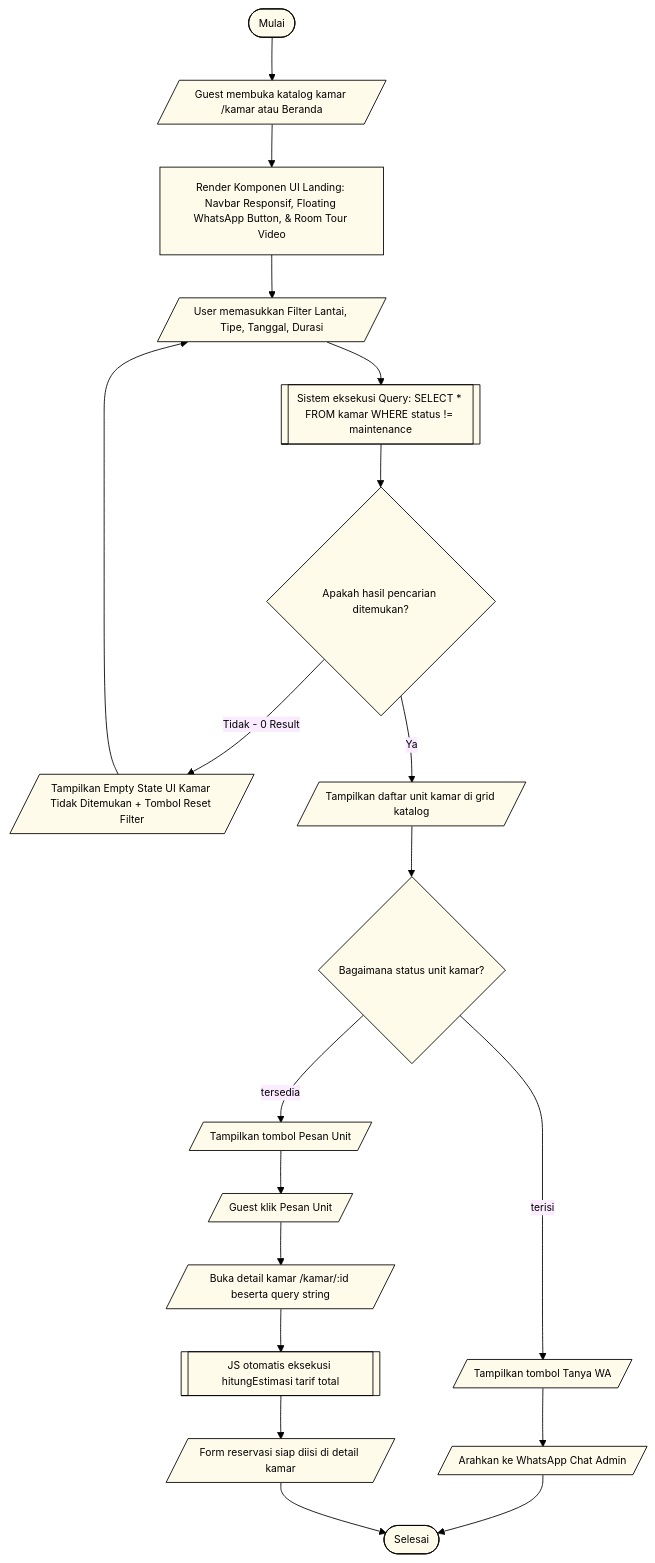
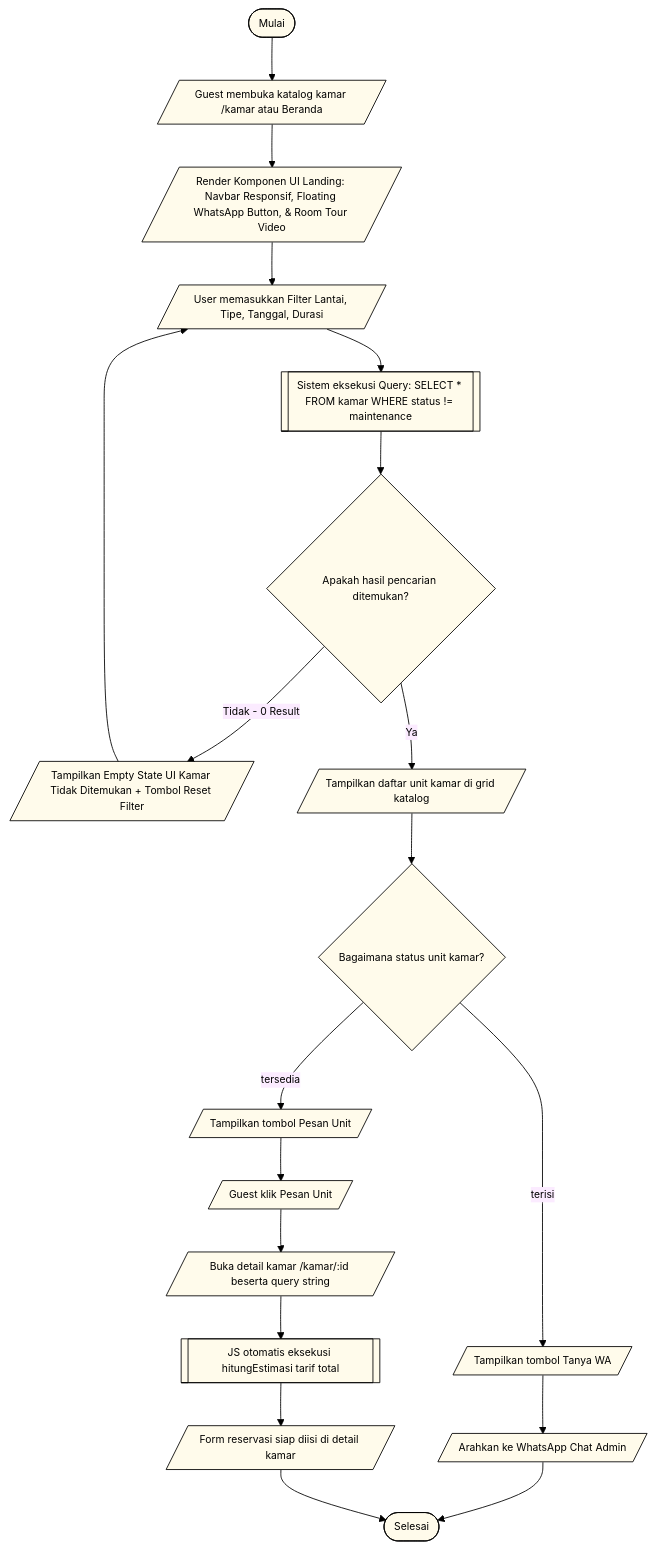
Before and after one commit to rafifarsyapradiva/asri-boarding-house: the diagram in Blueprint/flowchart/alur_pencarian_kamar.mmd, drawn with Mermaid. The commit also changed 40 other files, not shown here.

Commit message:
docs(flowchart): audit ISO 5807, eliminasi dead-end & loop, diagram alur keputusan terpadu, dan update blueprint v238.0

```diff
--- a/Blueprint/flowchart/alur_pencarian_kamar.mmd
+++ b/Blueprint/flowchart/alur_pencarian_kamar.mmd
@@ -1,36 +1,36 @@
 %%{init: {
   'theme': 'base',
   'themeVariables': {
     'primaryColor': '#FFFBEB',
     'primaryTextColor': '#000000',
     'primaryBorderColor': '#000000',
     'lineColor': '#000000',
     'fontSize': '12px',
     'fontFamily': 'Inter, system-ui, sans-serif'
   }
 }}%%
 flowchart TD
     Start([Mulai]) --> BukaKatalog[/Guest membuka katalog kamar /kamar atau Beranda/]
-    BukaKatalog --> RenderLandingUI["Render Komponen UI Landing: Navbar Responsif, Floating WhatsApp Button, & Room Tour Video"]
+    BukaKatalog --> RenderLandingUI[/Render Komponen UI Landing: Navbar Responsif, Floating WhatsApp Button, & Room Tour Video/]
     
     RenderLandingUI --> InputFilter[/User memasukkan Filter Lantai, Tipe, Tanggal, Durasi/]
     
     InputFilter --> QueryKamar[[Sistem eksekusi Query: SELECT * FROM kamar WHERE status != maintenance]]
     
     QueryKamar --> CekKosong{"Apakah hasil pencarian ditemukan?"}
     CekKosong -- "Tidak - 0 Result" --> RenderEmptyState[/Tampilkan Empty State UI Kamar Tidak Ditemukan + Tombol Reset Filter/]
     RenderEmptyState --> InputFilter
     
     CekKosong -- "Ya" --> Tampilkan[/Tampilkan daftar unit kamar di grid katalog/]
     Tampilkan --> EvaluasiStatus{"Bagaimana status unit kamar?"}
     
     EvaluasiStatus -- "terisi" --> TampilTombolWA[/Tampilkan tombol Tanya WA/]
     TampilTombolWA --> KlikWA[/Arahkan ke WhatsApp Chat Admin/]
     KlikWA --> Selesai([Selesai])
     
     EvaluasiStatus -- "tersedia" --> TampilTombolPesan[/Tampilkan tombol Pesan Unit/]
     TampilTombolPesan --> KlikPesan[/Guest klik Pesan Unit/]
     KlikPesan --> BukaDetail[/Buka detail kamar /kamar/:id beserta query string/]
     BukaDetail --> AutoKalkulasi[[JS otomatis eksekusi hitungEstimasi tarif total]]
     AutoKalkulasi --> TampilForm[/Form reservasi siap diisi di detail kamar/]
     TampilForm --> Selesai
```
